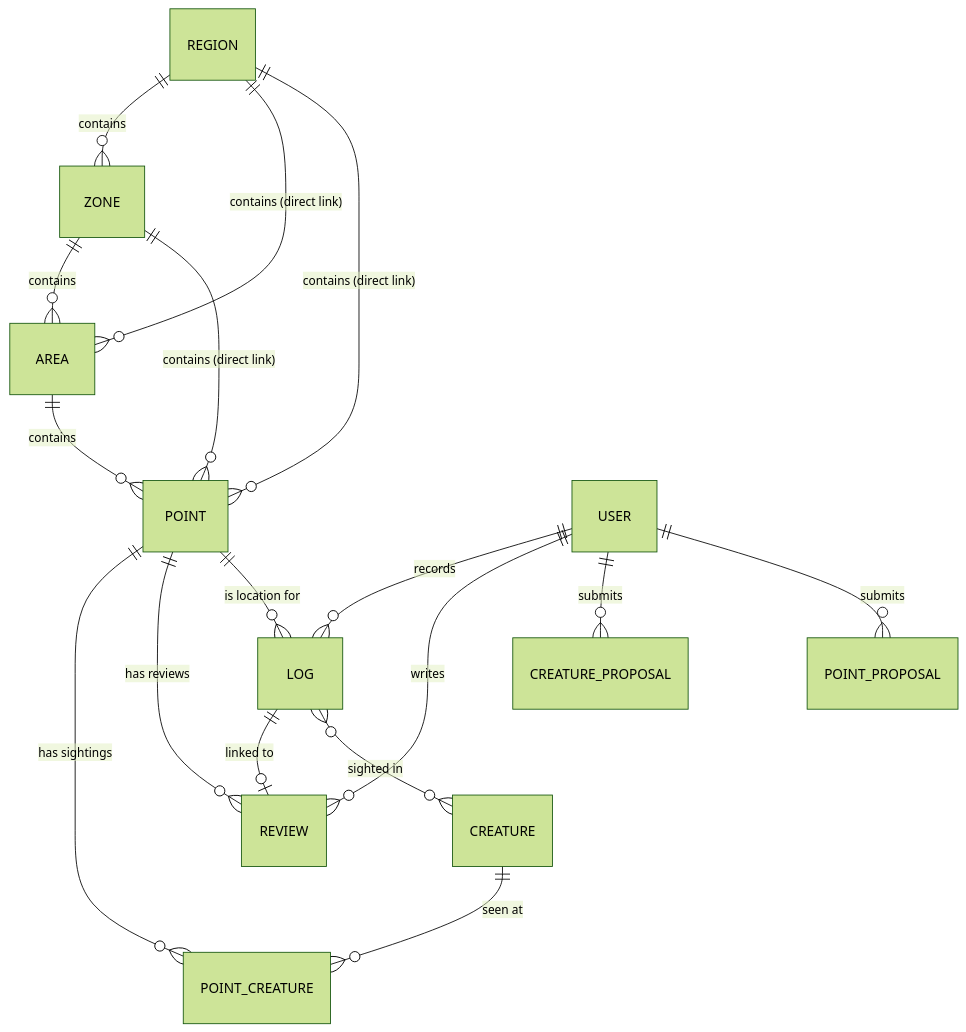
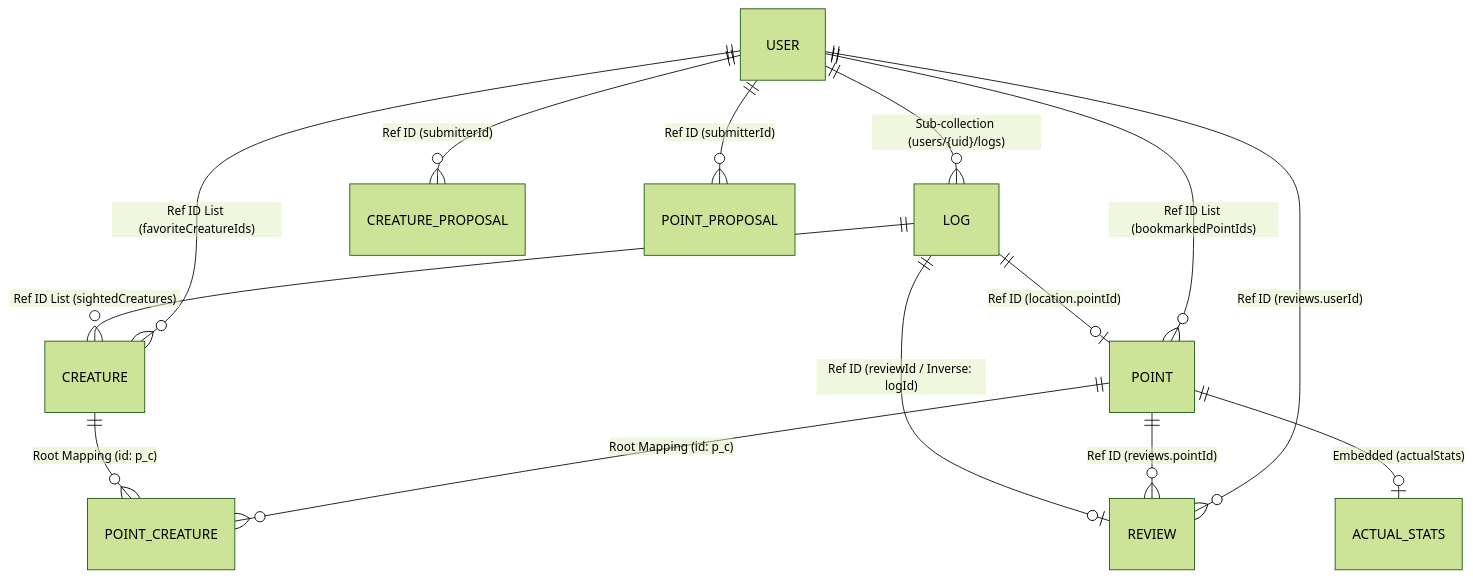
The diagram in DATABASE_DESIGN.md (cloud-solutions-ttakeuchi/wedive), drawn with Mermaid (forest theme) before and after one commit. The commit also changed other lines of this file and 11 other files, not shown here.

````diff
--- a/DATABASE_DESIGN.md
+++ b/DATABASE_DESIGN.md
@@ -26,22 +28,28 @@
 ```mermaid
 erDiagram
-    REGION ||--o{ ZONE : "contains"
-    REGION ||--o{ AREA : "contains (direct link)"
-    REGION ||--o{ POINT : "contains (direct link)"
-    ZONE ||--o{ AREA : "contains"
-    ZONE ||--o{ POINT : "contains (direct link)"
-    AREA ||--o{ POINT : "contains"
+    %% Root Collections
+    USER ||--o{ LOG : "Sub-collection (users/{uid}/logs)"
+    USER ||--o{ REVIEW : "Ref ID (reviews.userId)"
+    USER ||--o{ CREATURE : "Ref ID List (favoriteCreatureIds)"
+    USER ||--o{ POINT : "Ref ID List (bookmarkedPointIds)"
     
-    POINT ||--o{ POINT_CREATURE : "has sightings"
-    CREATURE ||--o{ POINT_CREATURE : "seen at"
-    POINT ||--o{ REVIEW : "has reviews"
+    POINT ||--o{ REVIEW : "Ref ID (reviews.pointId)"
+    POINT ||--o{ POINT_CREATURE : "Root Mapping (id: p_c)"
+    POINT ||--o| ACTUAL_STATS : "Embedded (actualStats)"
     
-    USER ||--o{ LOG : "records"
-    USER ||--o{ REVIEW : "writes"
-    LOG ||--o| REVIEW : "linked to"
-    POINT ||--o{ LOG : "is location for"
-    LOG }o--o{ CREATURE : "sighted in"
+    CREATURE ||--o{ POINT_CREATURE : "Root Mapping (id: p_c)"
     
-    USER ||--o{ CREATURE_PROPOSAL : "submits"
-    USER ||--o{ POINT_PROPOSAL : "submits"
+    LOG ||--o| POINT : "Ref ID (location.pointId)"
+    LOG ||--o{ CREATURE : "Ref ID List (sightedCreatures)"
+    LOG ||--o| REVIEW : "Ref ID (reviewId / Inverse: logId)"
+
+    %% Proposals (Admin)
+    USER ||--o{ CREATURE_PROPOSAL : "Ref ID (submitterId)"
+    USER ||--o{ POINT_PROPOSAL : "Ref ID (submitterId)"
+
+    %% Legend
+    %% Sub-collection: Physical nesting in Firestore
+    %% Ref ID: Single field containing target Document ID
+    %% Ref ID List: Array field containing multiple target IDs
+    %% Embedded: Nested Map object inside the document
 ```
````
